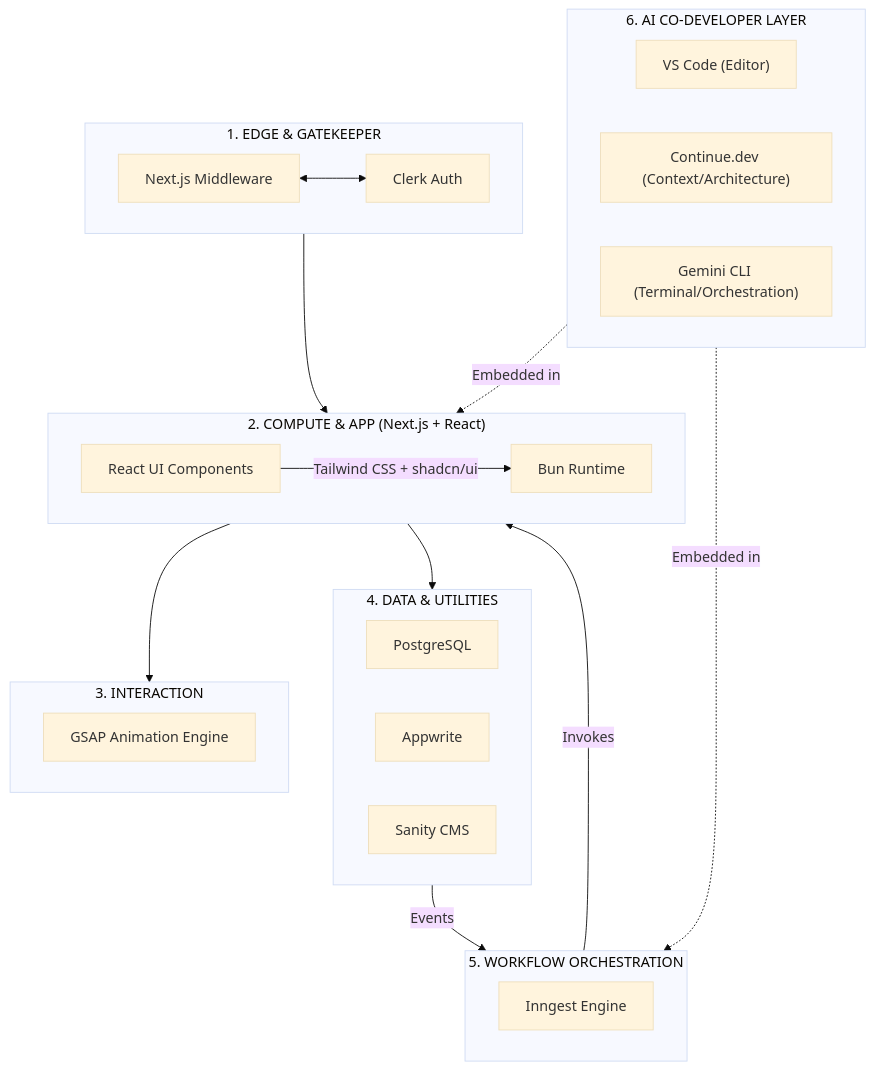
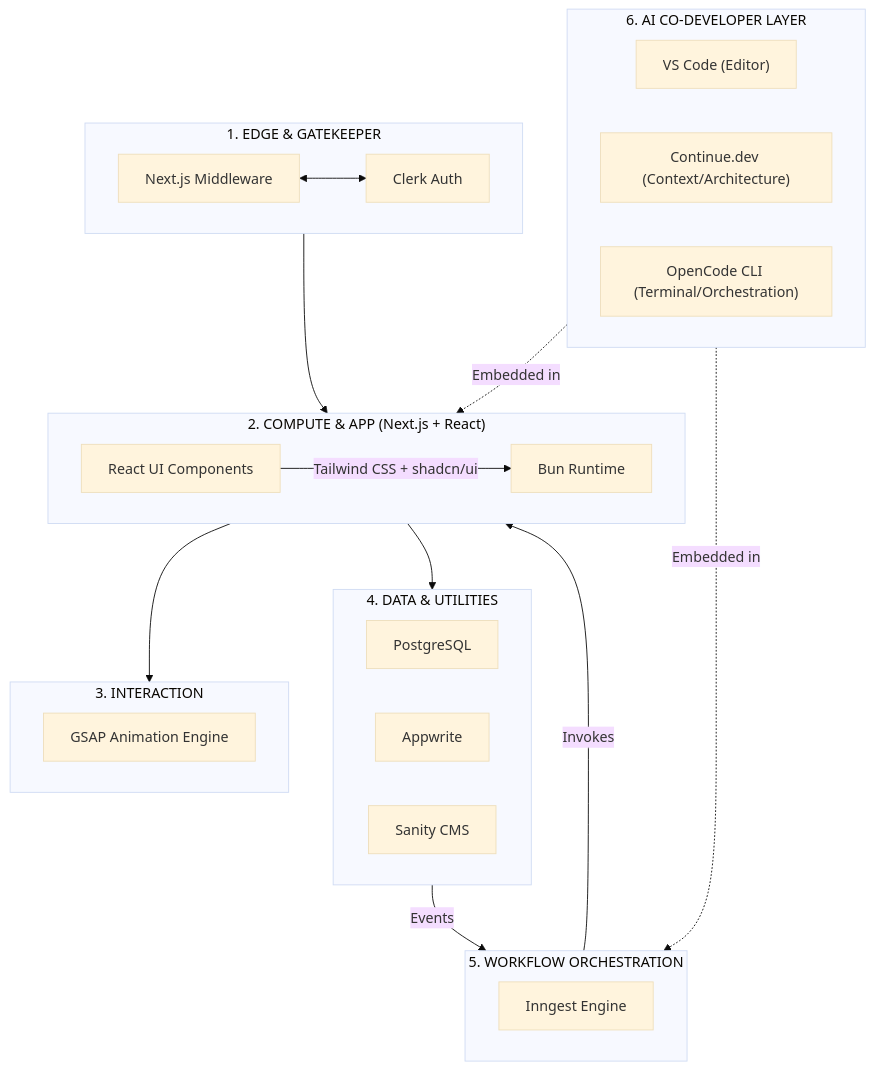
One commit to seanwhs/Plans changed the diagram in Technical-Stack/My-Tech-Stack.md. Above: the diagram before and after it, drawn with Mermaid (base theme). The commit also changed other lines of this file, not shown here.

````diff
--- a/Technical-Stack/My-Tech-Stack.md
+++ b/Technical-Stack/My-Tech-Stack.md
@@ -47,32 +27,33 @@
 ```mermaid
 flowchart TB
     subgraph EDGE["1. EDGE & GATEKEEPER"]
         M["Next.js Middleware"] <--> C["Clerk Auth"]
     end
     subgraph CL["2. COMPUTE & APP (Next.js + React)"]
         A["React UI Components"] -->|Tailwind CSS + shadcn/ui| B["Bun Runtime"]
     end
     subgraph MOTION["3. INTERACTION"]
         GS["GSAP Animation Engine"]
     end
     subgraph DATA["4. DATA & UTILITIES"]
         E["PostgreSQL"]
         D["Appwrite"]
         F["Sanity CMS"]
     end
     subgraph ORCH["5. WORKFLOW ORCHESTRATION"]
         G["Inngest Engine"]
     end
     subgraph AI["6. AI CO-DEVELOPER LAYER"]
         VS["VS Code (Editor)"]
         Cont["Continue.dev (Context/Architecture)"]
-        Gem["Gemini CLI (Terminal/Orchestration)"]
+        Open["OpenCode CLI (Terminal/Orchestration)"]
     end
     EDGE --> CL
     CL --> MOTION
     CL --> DATA
     DATA -->|"Events"| ORCH
     ORCH -->|"Invokes"| CL
     AI -.->|"Embedded in"| CL
     AI -.->|"Embedded in"| ORCH
+
 ```
````
